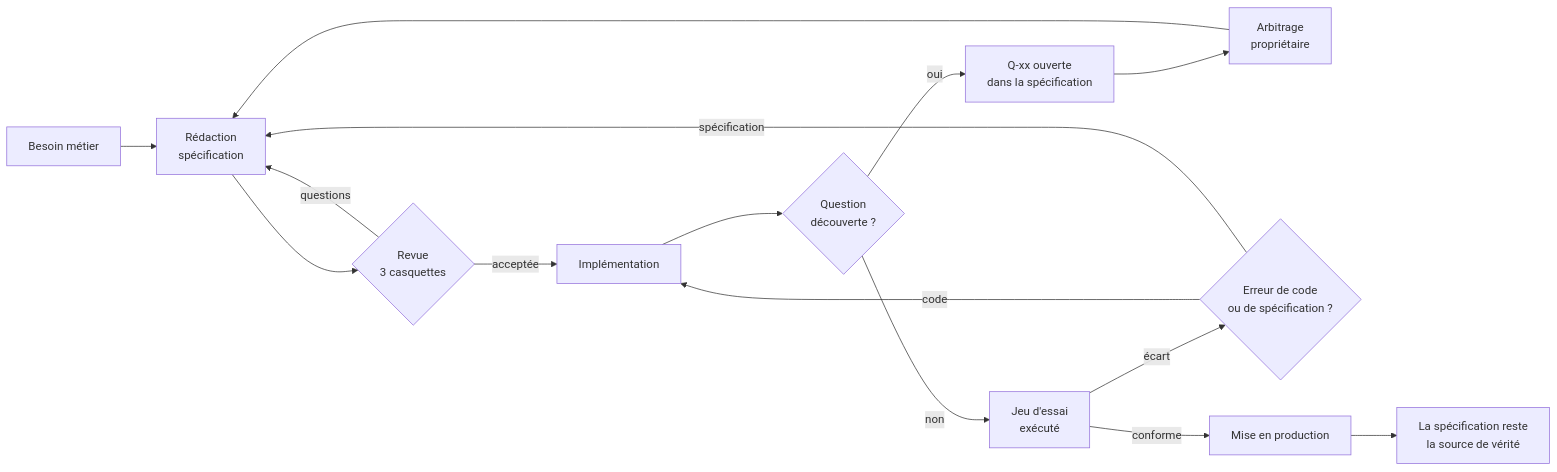
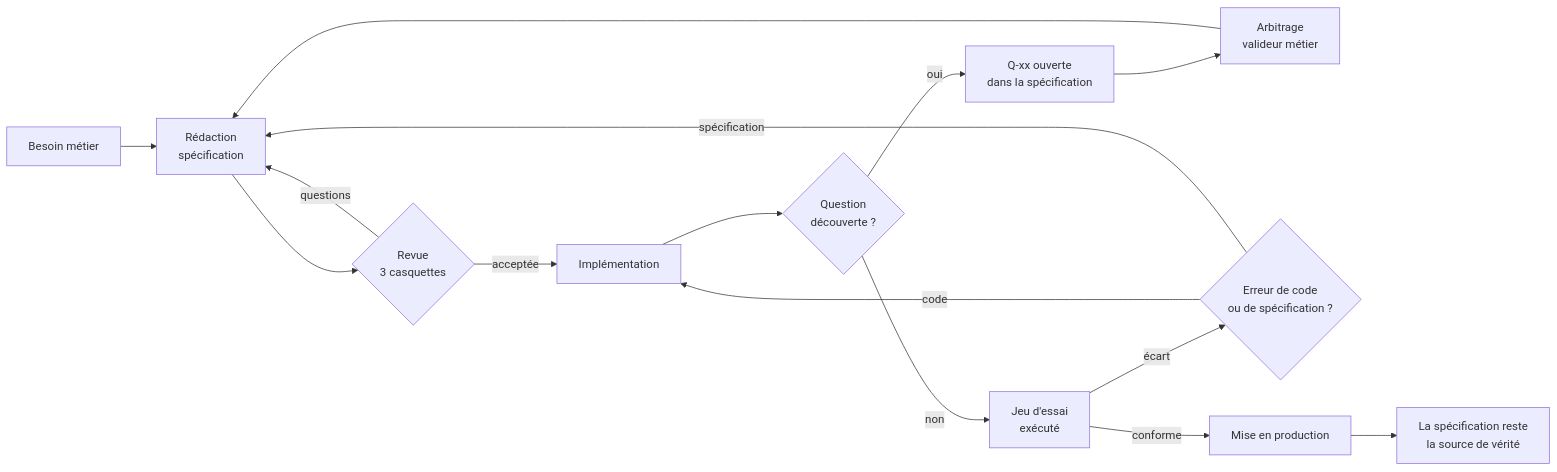
The diagram in CADRE.md (Beennnn/cadre-specification-algorithmique), drawn with Mermaid before and after one commit. The commit also changed other lines of this file and 26 other files, not shown here.

````diff
--- a/CADRE.md
+++ b/CADRE.md
@@ -1288,17 +1289,17 @@
 ```mermaid
 flowchart LR
     A[Besoin métier] --> B[Rédaction<br/>spécification]
     B --> C{Revue<br/>3 casquettes}
     C -- questions --> B
     C -- acceptée --> D[Implémentation]
     D --> E{Question<br/>découverte ?}
     E -- oui --> F[Q-xx ouverte<br/>dans la spécification]
-    F --> G[Arbitrage<br/>propriétaire]
+    F --> G[Arbitrage<br/>valideur métier]
     G --> B
     E -- non --> H[Jeu d'essai<br/>exécuté]
     H -- écart --> I{Erreur de code<br/>ou de spécification ?}
     I -- code --> D
     I -- spécification --> B
     H -- conforme --> J[Mise en production]
     J --> K[La spécification reste<br/>la source de vérité]
 ```
````
